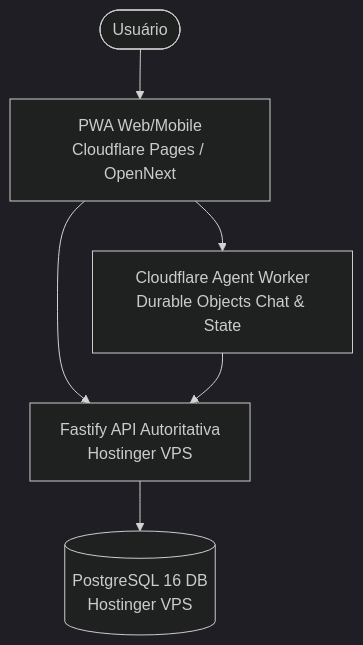
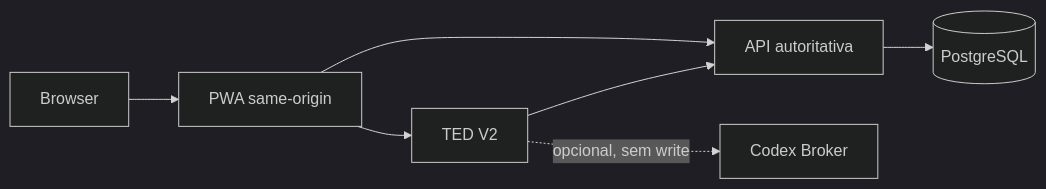
One commit to Kusts/meu-ted changed the diagram in docs/ARCHITECTURE-TARGET.md. Above: the diagram before and after it, drawn with Mermaid (dark theme). The commit also changed other lines of this file and 200 other files, not shown here.

First line of the commit message:
feat: TED Agent V2 consolidation - single orchestrator, authoritative pending operations, security hardening

````diff
--- a/docs/ARCHITECTURE-TARGET.md
+++ b/docs/ARCHITECTURE-TARGET.md
@@ -10,8 +13,9 @@
 ```mermaid
-graph TD
-    User([Usuário]) --> PWA[PWA Web/Mobile<br/>Cloudflare Pages / OpenNext]
-    PWA --> AgentWorker[Cloudflare Agent Worker<br/>Durable Objects Chat & State]
-    PWA --> API[Fastify API Autoritativa<br/>Hostinger VPS]
-    AgentWorker --> API
-    API --> Postgres[(PostgreSQL 16 DB<br/>Hostinger VPS)]
+graph LR
+    Browser --> PWA[PWA same-origin]
+    PWA --> Agent[TED V2]
+    PWA --> API[API autoritativa]
+    Agent --> API
+    API --> DB[(PostgreSQL)]
+    Agent -. opcional, sem write .-> Broker[Codex Broker]
 ```
````
